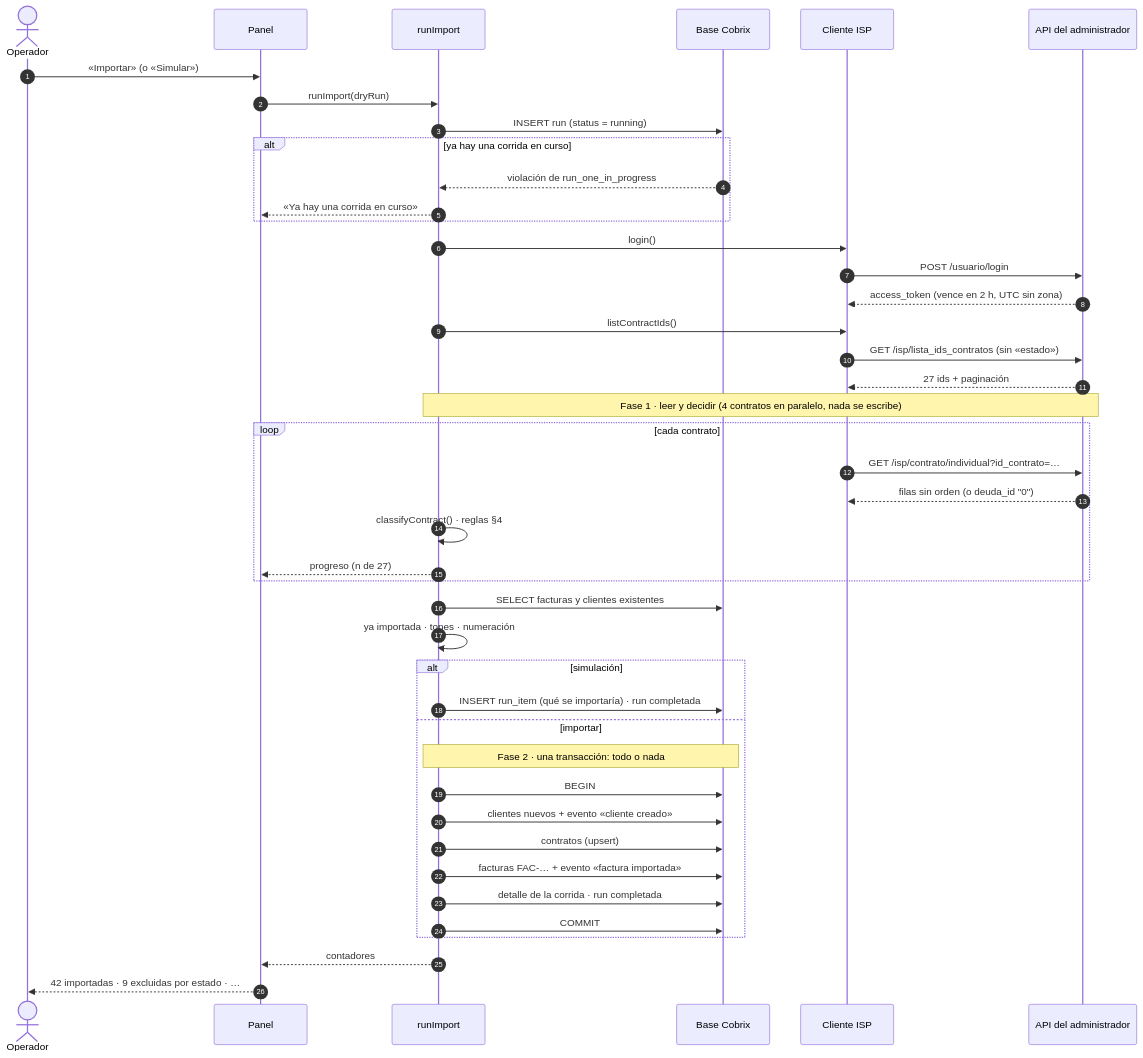
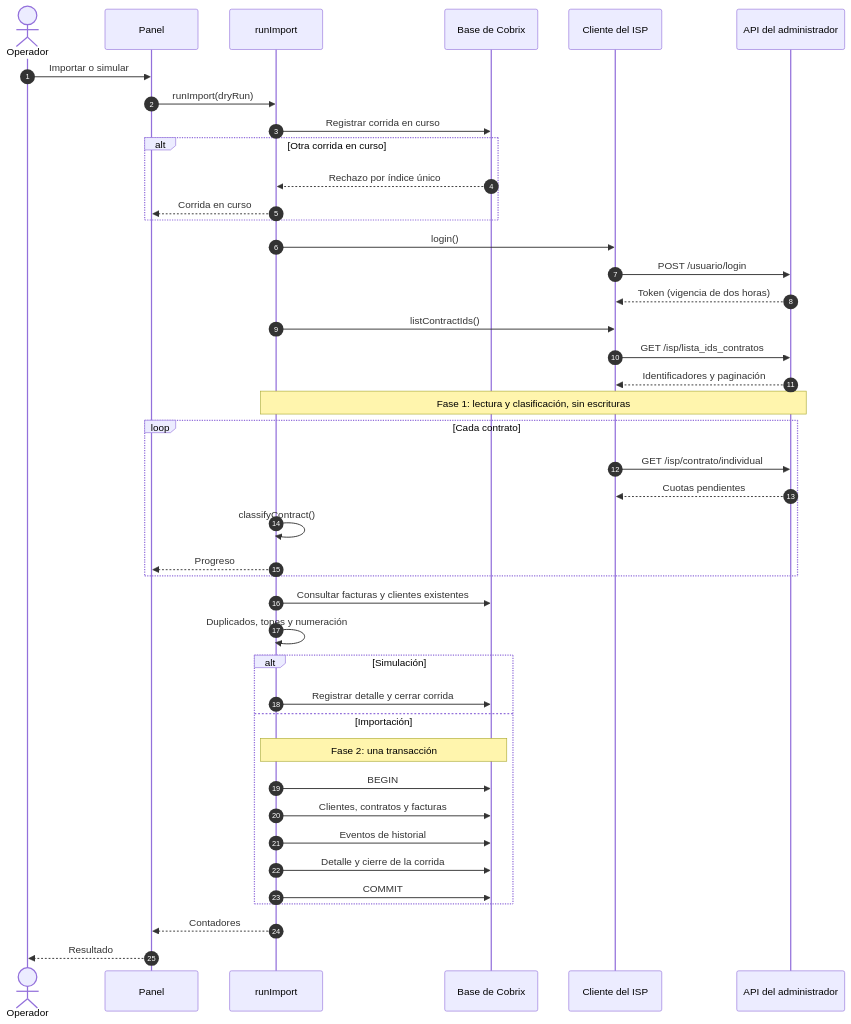
Before and after one commit to robydaniel45san/Cobrix-Api-Prueba-Tecnica-Duran-Roby: the sixth of 11 diagrams in docs/DISENO.md, drawn with Mermaid. The commit also changed other lines of this file and 1 other file, not shown here.

First line of the commit message:
Modelo de datos: provider referencia a company y run a provider

````diff
--- a/docs/DISENO.md
+++ b/docs/DISENO.md
@@ -455,46 +472,45 @@
 ```mermaid
 sequenceDiagram
     autonumber
     actor OP as Operador
     participant PANEL as Panel
     participant SYNC as runImport
-    participant DB as Base Cobrix
-    participant CLI as Cliente ISP
+    participant DB as Base de Cobrix
+    participant CLI as Cliente del ISP
     participant ISP as API del administrador
 
-    OP->>PANEL: «Importar» (o «Simular»)
+    OP->>PANEL: Importar o simular
     PANEL->>SYNC: runImport(dryRun)
-    SYNC->>DB: INSERT run (status = running)
-    alt ya hay una corrida en curso
-        DB-->>SYNC: violación de run_one_in_progress
-        SYNC-->>PANEL: «Ya hay una corrida en curso»
+    SYNC->>DB: Registrar corrida en curso
+    alt Otra corrida en curso
+        DB-->>SYNC: Rechazo por índice único
+        SYNC-->>PANEL: Corrida en curso
     end
     SYNC->>CLI: login()
     CLI->>ISP: POST /usuario/login
-    ISP-->>CLI: access_token (vence en 2 h, UTC sin zona)
+    ISP-->>CLI: Token (vigencia de dos horas)
     SYNC->>CLI: listContractIds()
-    CLI->>ISP: GET /isp/lista_ids_contratos (sin «estado»)
-    ISP-->>CLI: 27 ids + paginación
-    Note over SYNC,ISP: Fase 1 · leer y decidir (4 contratos en paralelo, nada se escribe)
-    loop cada contrato
-        CLI->>ISP: GET /isp/contrato/individual?id_contrato=…
-        ISP-->>CLI: filas sin orden (o deuda_id "0")
-        SYNC->>SYNC: classifyContract() · reglas §4
-        SYNC-->>PANEL: progreso (n de 27)
+    CLI->>ISP: GET /isp/lista_ids_contratos
+    ISP-->>CLI: Identificadores y paginación
+    Note over SYNC,ISP: Fase 1: lectura y clasificación, sin escrituras
+    loop Cada contrato
+        CLI->>ISP: GET /isp/contrato/individual
+        ISP-->>CLI: Cuotas pendientes
+        SYNC->>SYNC: classifyContract()
+        SYNC-->>PANEL: Progreso
     end
-    SYNC->>DB: SELECT facturas y clientes existentes
-    SYNC->>SYNC: ya importada · topes · numeración
-    alt simulación
-        SYNC->>DB: INSERT run_item (qué se importaría) · run completada
-    else importar
-        Note over SYNC,DB: Fase 2 · una transacción: todo o nada
+    SYNC->>DB: Consultar facturas y clientes existentes
+    SYNC->>SYNC: Duplicados, topes y numeración
+    alt Simulación
+        SYNC->>DB: Registrar detalle y cerrar corrida
+    else Importación
+        Note over SYNC,DB: Fase 2: una transacción
         SYNC->>DB: BEGIN
-        SYNC->>DB: clientes nuevos + evento «cliente creado»
-        SYNC->>DB: contratos (upsert)
-        SYNC->>DB: facturas FAC-… + evento «factura importada»
-        SYNC->>DB: detalle de la corrida · run completada
+        SYNC->>DB: Clientes, contratos y facturas
+        SYNC->>DB: Eventos de historial
+        SYNC->>DB: Detalle y cierre de la corrida
         SYNC->>DB: COMMIT
     end
-    SYNC-->>PANEL: contadores
-    PANEL-->>OP: 42 importadas · 9 excluidas por estado · …
+    SYNC-->>PANEL: Contadores
+    PANEL-->>OP: Resultado
 ```
````
